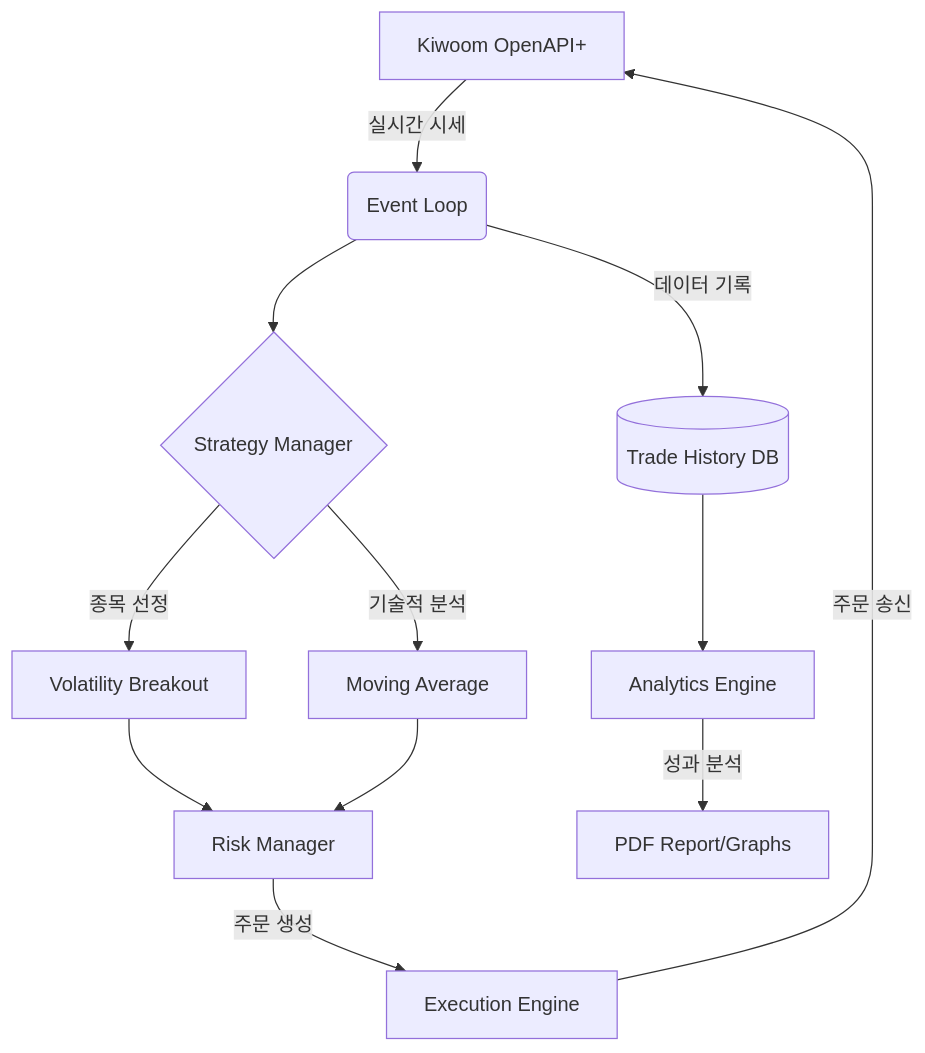
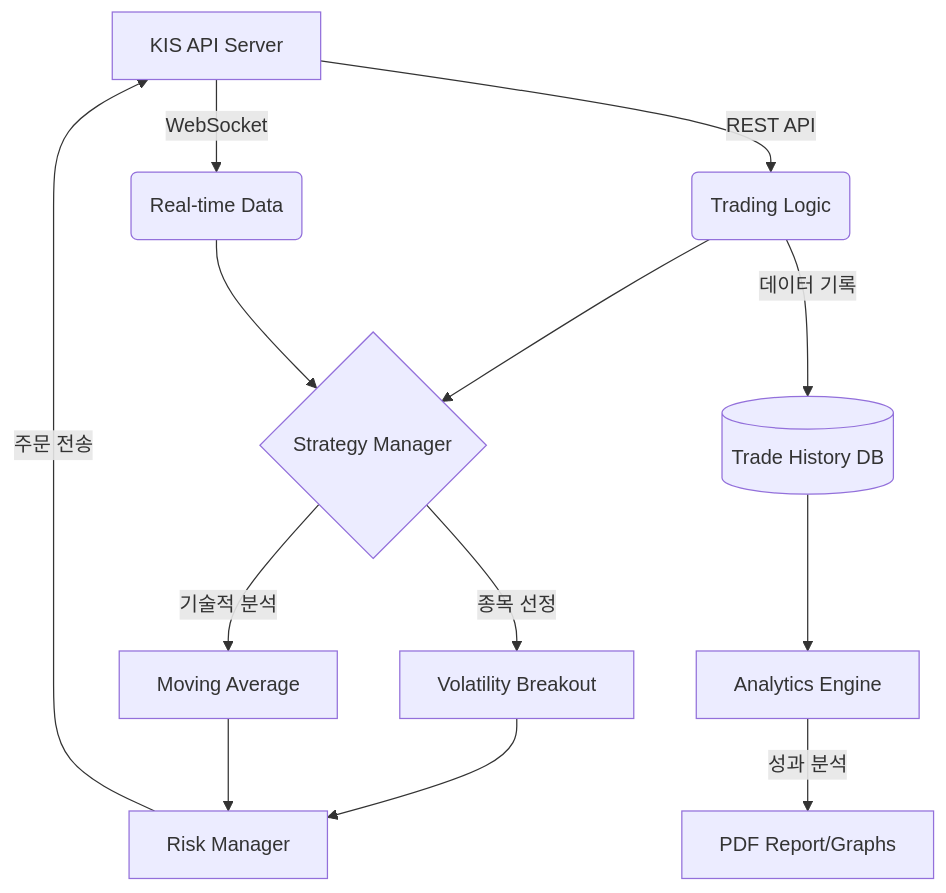
The diagram in README.md (leemgs/stock-quant-trader), drawn with Mermaid before and after one commit. The commit also changed other lines of this file and 24 other files, not shown here.

Commit message:
Migrate to Korea Investment Securities (KIS) API and Ubuntu environment

````diff
--- a/README.md
+++ b/README.md
@@ -27,13 +47,13 @@
 ```mermaid
 graph TD
-    A[Kiwoom OpenAPI+] -->|실시간 시세| B(Event Loop)
-    B --> C{Strategy Manager}
-    C -->|종목 선정| D[Volatility Breakout]
-    C -->|기술적 분석| E[Moving Average]
-    D & E --> F[Risk Manager]
-    F -->|주문 생성| G[Execution Engine]
-    G -->|주문 송신| A
+    A[KIS API Server] -->|REST API| B(Trading Logic)
+    A -->|WebSocket| C(Real-time Data)
+    B & C --> D{Strategy Manager}
+    D -->|종목 선정| E[Volatility Breakout]
+    D -->|기술적 분석| F[Moving Average]
+    E & F --> G[Risk Manager]
+    G -->|주문 전송| A
     B -->|데이터 기록| H[(Trade History DB)]
     H --> I[Analytics Engine]
     I -->|성과 분석| J[PDF Report/Graphs]
 ```
````
